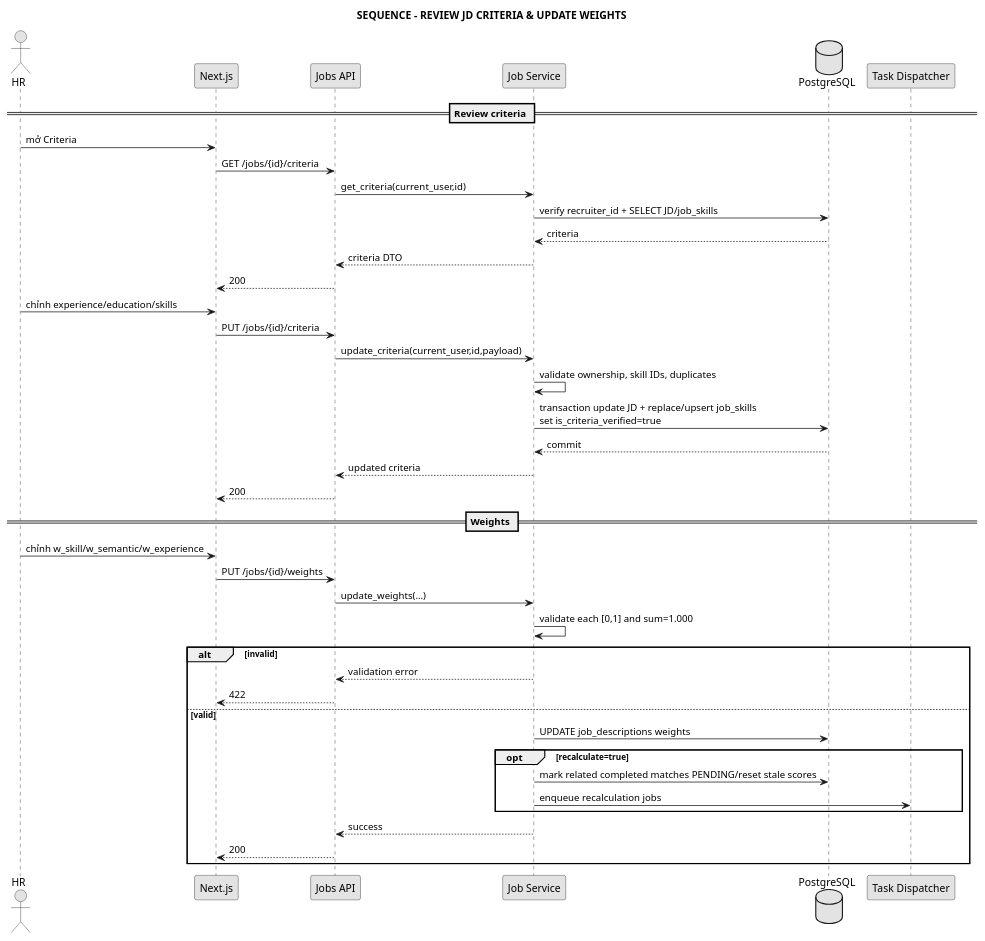
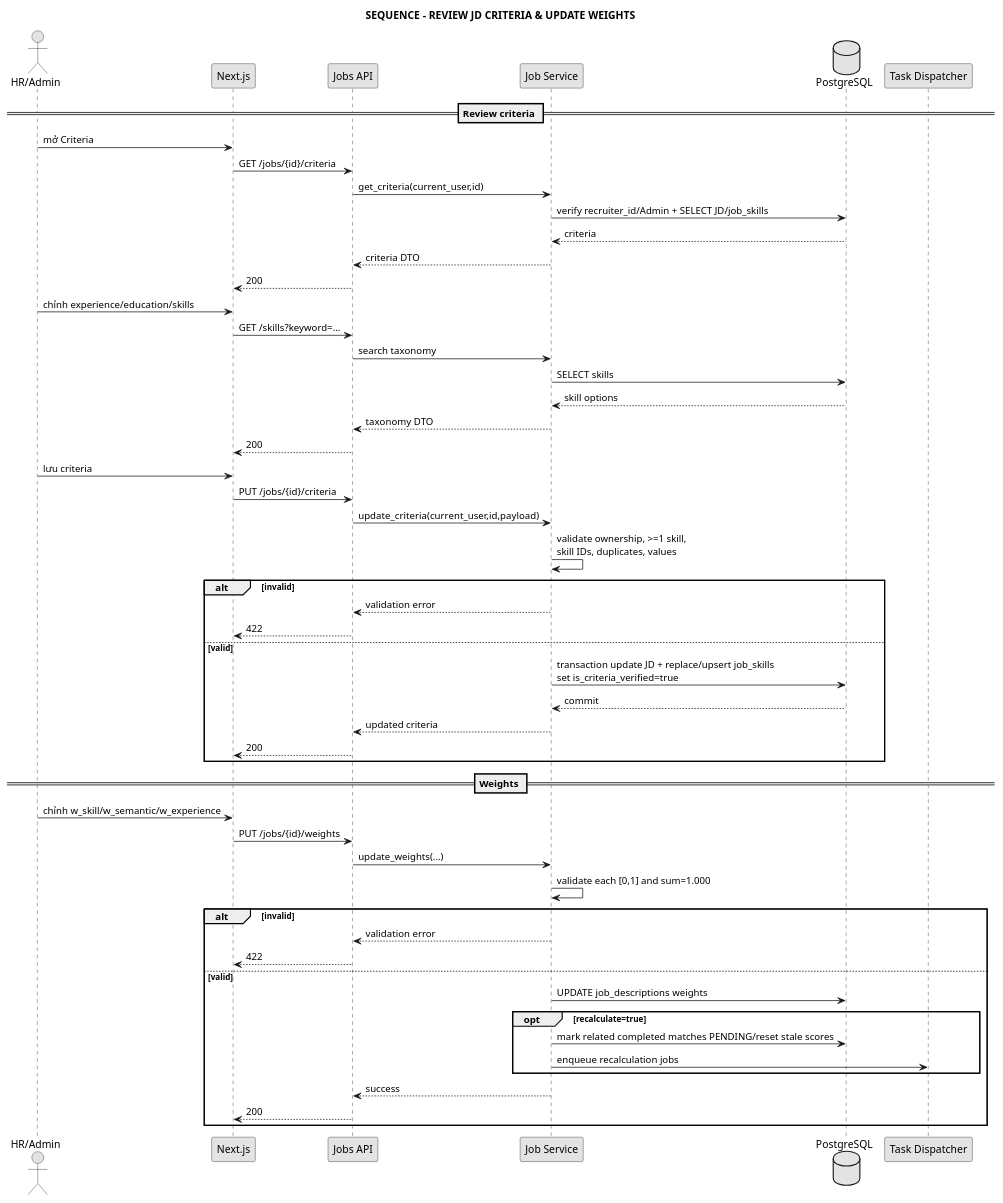
The diagram in docs/04_sequence/seq_job_criteria_weights.puml (anh632k-ui/WebCVUngVienTuyenDung), drawn with PlantUML before and after one commit.

Commit message:
docs(pttk): align JD criteria sequence with readiness rules

```diff
--- a/docs/04_sequence/seq_job_criteria_weights.puml
+++ b/docs/04_sequence/seq_job_criteria_weights.puml
@@ -1,50 +1,63 @@
 @startuml
 skinparam monochrome true
 skinparam shadowing false
 
 title SEQUENCE - REVIEW JD CRITERIA & UPDATE WEIGHTS
 
-actor HR
+actor "HR/Admin" as User
 participant "Next.js" as FE
 participant "Jobs API" as API
 participant "Job Service" as Service
 database "PostgreSQL" as DB
 participant "Task Dispatcher" as Dispatcher
 
 == Review criteria ==
-HR -> FE : mở Criteria
+User -> FE : mở Criteria
 FE -> API : GET /jobs/{id}/criteria
 API -> Service : get_criteria(current_user,id)
-Service -> DB : verify recruiter_id + SELECT JD/job_skills
+Service -> DB : verify recruiter_id/Admin + SELECT JD/job_skills
 DB --> Service : criteria
 Service --> API : criteria DTO
 API --> FE : 200
 
-HR -> FE : chỉnh experience/education/skills
+User -> FE : chỉnh experience/education/skills
+FE -> API : GET /skills?keyword=...
+API -> Service : search taxonomy
+Service -> DB : SELECT skills
+DB --> Service : skill options
+Service --> API : taxonomy DTO
+API --> FE : 200
+
+User -> FE : lưu criteria
 FE -> API : PUT /jobs/{id}/criteria
 API -> Service : update_criteria(current_user,id,payload)
-Service -> Service : validate ownership, skill IDs, duplicates
-Service -> DB : transaction update JD + replace/upsert job_skills\nset is_criteria_verified=true
-DB --> Service : commit
-Service --> API : updated criteria
-API --> FE : 200
+Service -> Service : validate ownership, >=1 skill,\nskill IDs, duplicates, values
+alt invalid
+  Service --> API : validation error
+  API --> FE : 422
+else valid
+  Service -> DB : transaction update JD + replace/upsert job_skills\nset is_criteria_verified=true
+  DB --> Service : commit
+  Service --> API : updated criteria
+  API --> FE : 200
+end
 
 == Weights ==
-HR -> FE : chỉnh w_skill/w_semantic/w_experience
+User -> FE : chỉnh w_skill/w_semantic/w_experience
 FE -> API : PUT /jobs/{id}/weights
 API -> Service : update_weights(...)
 Service -> Service : validate each [0,1] and sum=1.000
 alt invalid
   Service --> API : validation error
   API --> FE : 422
 else valid
   Service -> DB : UPDATE job_descriptions weights
   opt recalculate=true
     Service -> DB : mark related completed matches PENDING/reset stale scores
     Service -> Dispatcher : enqueue recalculation jobs
   end
   Service --> API : success
   API --> FE : 200
 end
 
 @enduml
```
